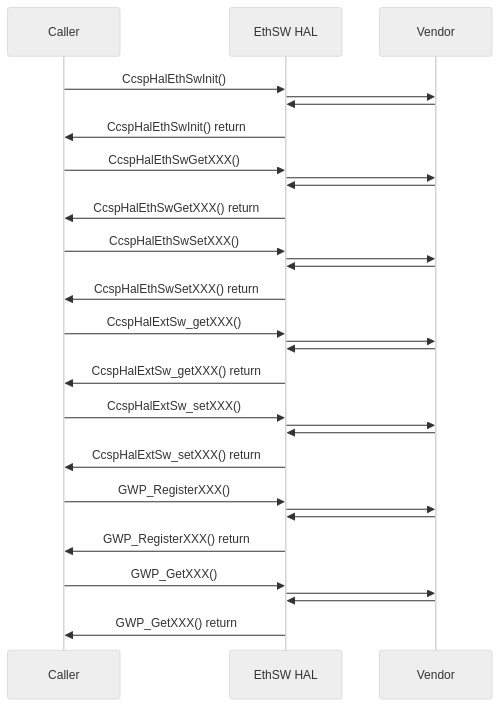
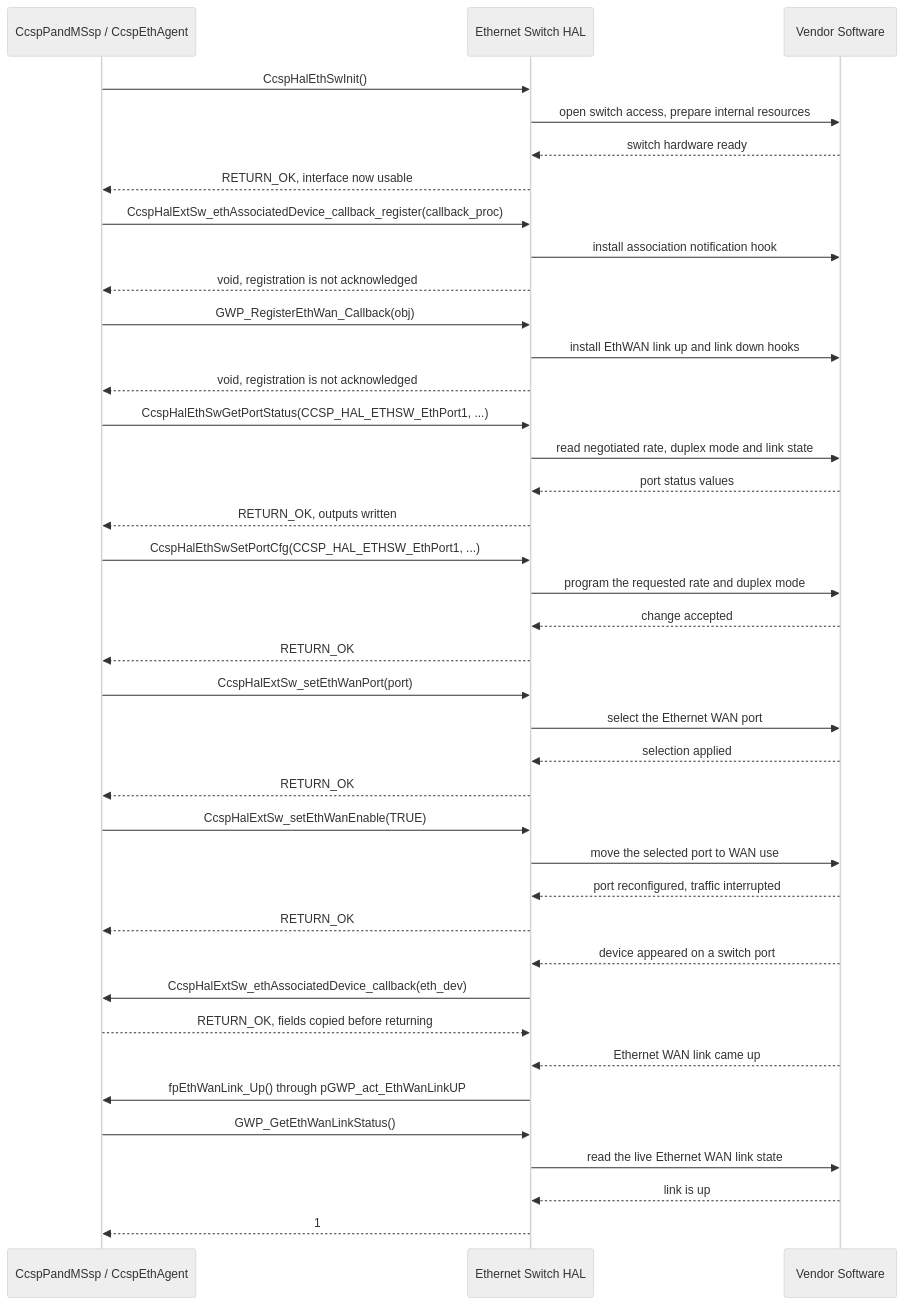
The second of 2 diagrams in docs/pages/EthSWHAlSpec.md (rdkcentral/rdkb-halif-ethsw), drawn with Mermaid (neutral theme) before and after one commit. The commit also changed other lines of this file, not shown here.

First line of the commit message:
RDKHAL-2 : Update Ethernet Switch HAL specification

````diff
--- a/docs/pages/EthSWHAlSpec.md
+++ b/docs/pages/EthSWHAlSpec.md
@@ -223,40 +640,41 @@
 ```mermaid
 sequenceDiagram
-participant Caller
-participant EthSW HAL
-participant Vendor
-Caller->>EthSW HAL: CcspHalEthSwInit()
-EthSW HAL->>Vendor: 
-Vendor ->>EthSW HAL: 
-EthSW HAL->>Caller: CcspHalEthSwInit() return
-
-Caller->>EthSW HAL: CcspHalEthSwGetXXX()
-EthSW HAL->>Vendor: 
-Vendor ->>EthSW HAL: 
-EthSW HAL->>Caller: CcspHalEthSwGetXXX() return
-
-Caller->>EthSW HAL: CcspHalEthSwSetXXX()
-EthSW HAL->>Vendor: 
-Vendor ->>EthSW HAL: 
-EthSW HAL->>Caller: CcspHalEthSwSetXXX() return
-
-Caller->>EthSW HAL: CcspHalExtSw_getXXX()
-EthSW HAL->>Vendor: 
-Vendor ->>EthSW HAL: 
-EthSW HAL->>Caller: CcspHalExtSw_getXXX() return
-
-Caller->>EthSW HAL: CcspHalExtSw_setXXX()
-EthSW HAL->>Vendor: 
-Vendor ->>EthSW HAL: 
-EthSW HAL->>Caller: CcspHalExtSw_setXXX() return
-
-Caller->>EthSW HAL: GWP_RegisterXXX()
-EthSW HAL->>Vendor: 
-Vendor ->>EthSW HAL: 
-EthSW HAL->>Caller: GWP_RegisterXXX() return
-
-Caller->>EthSW HAL: GWP_GetXXX()
-EthSW HAL->>Vendor: 
-Vendor ->>EthSW HAL: 
-EthSW HAL->>Caller: GWP_GetXXX() return
+    participant Caller as CcspPandMSsp / CcspEthAgent
+    participant HAL as Ethernet Switch HAL
+    participant Vendor as Vendor Software
+    Caller->>HAL: CcspHalEthSwInit()
+    HAL->>Vendor: open switch access, prepare internal resources
+    Vendor-->>HAL: switch hardware ready
+    HAL-->>Caller: RETURN_OK, interface now usable
+    Caller->>HAL: CcspHalExtSw_ethAssociatedDevice_callback_register(callback_proc)
+    HAL->>Vendor: install association notification hook
+    HAL-->>Caller: void, registration is not acknowledged
+    Caller->>HAL: GWP_RegisterEthWan_Callback(obj)
+    HAL->>Vendor: install EthWAN link up and link down hooks
+    HAL-->>Caller: void, registration is not acknowledged
+    Caller->>HAL: CcspHalEthSwGetPortStatus(CCSP_HAL_ETHSW_EthPort1, ...)
+    HAL->>Vendor: read negotiated rate, duplex mode and link state
+    Vendor-->>HAL: port status values
+    HAL-->>Caller: RETURN_OK, outputs written
+    Caller->>HAL: CcspHalEthSwSetPortCfg(CCSP_HAL_ETHSW_EthPort1, ...)
+    HAL->>Vendor: program the requested rate and duplex mode
+    Vendor-->>HAL: change accepted
+    HAL-->>Caller: RETURN_OK
+    Caller->>HAL: CcspHalExtSw_setEthWanPort(port)
+    HAL->>Vendor: select the Ethernet WAN port
+    Vendor-->>HAL: selection applied
+    HAL-->>Caller: RETURN_OK
+    Caller->>HAL: CcspHalExtSw_setEthWanEnable(TRUE)
+    HAL->>Vendor: move the selected port to WAN use
+    Vendor-->>HAL: port reconfigured, traffic interrupted
+    HAL-->>Caller: RETURN_OK
+    Vendor-->>HAL: device appeared on a switch port
+    HAL->>Caller: CcspHalExtSw_ethAssociatedDevice_callback(eth_dev)
+    Caller-->>HAL: RETURN_OK, fields copied before returning
+    Vendor-->>HAL: Ethernet WAN link came up
+    HAL->>Caller: fpEthWanLink_Up() through pGWP_act_EthWanLinkUP
+    Caller->>HAL: GWP_GetEthWanLinkStatus()
+    HAL->>Vendor: read the live Ethernet WAN link state
+    Vendor-->>HAL: link is up
+    HAL-->>Caller: 1
 ```
````
